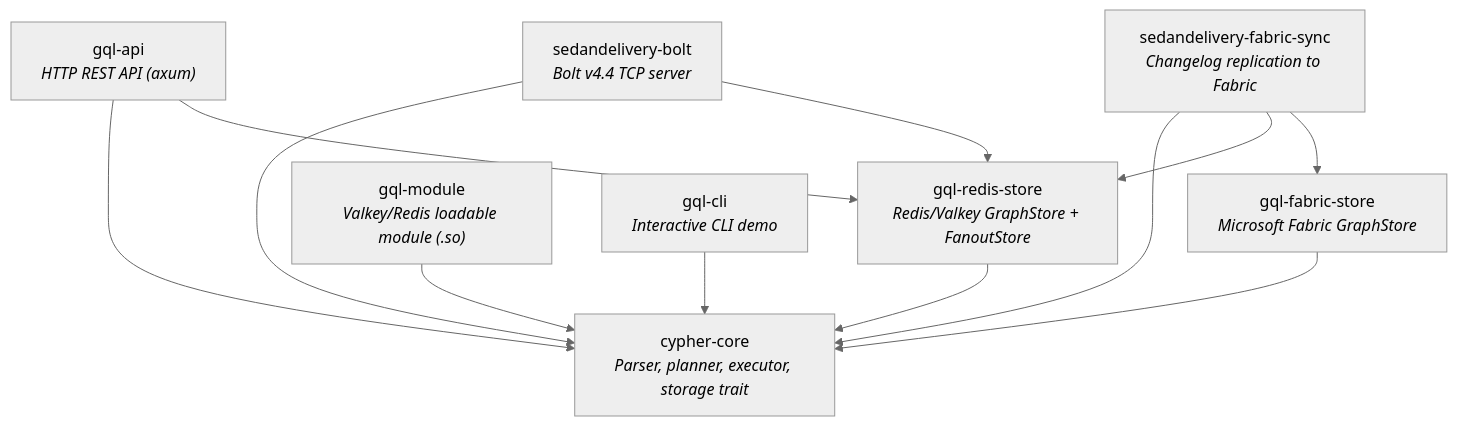
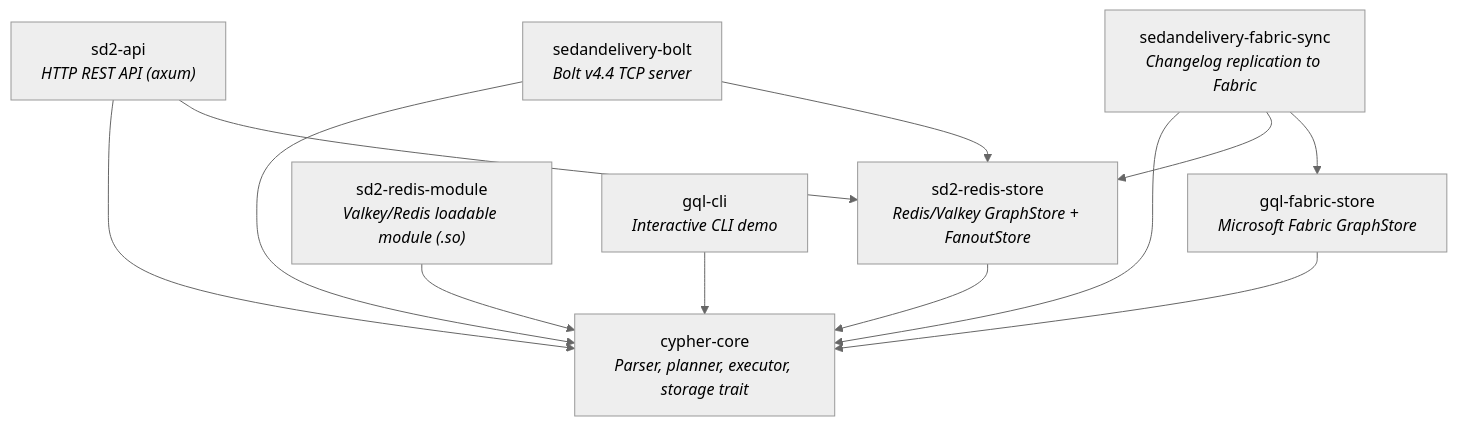
The first of 6 diagrams in docs/architecture.md (rysweet/SedanDelivery), drawn with Mermaid (neutral theme) before and after one commit. The commit also changed other lines of this file and 191 other files, not shown here.

First line of the commit message:
refactor: rename gql-module, gql-redis-store, gql-api to sd2- prefix (#1097)

````diff
--- a/docs/architecture.md
+++ b/docs/architecture.md
@@ -22,25 +22,25 @@
 ```mermaid
 graph TD
     cypher-core["cypher-core<br/><i>Parser, planner, executor, storage trait</i>"]
 
-    gql-redis-store["gql-redis-store<br/><i>Redis/Valkey GraphStore + FanoutStore</i>"]
+    sd2-redis-store["sd2-redis-store<br/><i>Redis/Valkey GraphStore + FanoutStore</i>"]
     gql-fabric-store["gql-fabric-store<br/><i>Microsoft Fabric GraphStore</i>"]
 
-    gql-module["gql-module<br/><i>Valkey/Redis loadable module (.so)</i>"]
+    sd2-redis-module["sd2-redis-module<br/><i>Valkey/Redis loadable module (.so)</i>"]
     gql-cli["gql-cli<br/><i>Interactive CLI demo</i>"]
-    gql-api["gql-api<br/><i>HTTP REST API (axum)</i>"]
+    sd2-api["sd2-api<br/><i>HTTP REST API (axum)</i>"]
     sedandelivery-bolt["sedandelivery-bolt<br/><i>Bolt v4.4 TCP server</i>"]
     sedandelivery-fabric-sync["sedandelivery-fabric-sync<br/><i>Changelog replication to Fabric</i>"]
 
-    gql-redis-store --> cypher-core
+    sd2-redis-store --> cypher-core
     gql-fabric-store --> cypher-core
-    gql-module --> cypher-core
+    sd2-redis-module --> cypher-core
     gql-cli --> cypher-core
-    gql-api --> cypher-core
-    gql-api --> gql-redis-store
+    sd2-api --> cypher-core
+    sd2-api --> sd2-redis-store
     sedandelivery-bolt --> cypher-core
-    sedandelivery-bolt --> gql-redis-store
+    sedandelivery-bolt --> sd2-redis-store
     sedandelivery-fabric-sync --> cypher-core
-    sedandelivery-fabric-sync --> gql-redis-store
+    sedandelivery-fabric-sync --> sd2-redis-store
     sedandelivery-fabric-sync --> gql-fabric-store
 ```
````
